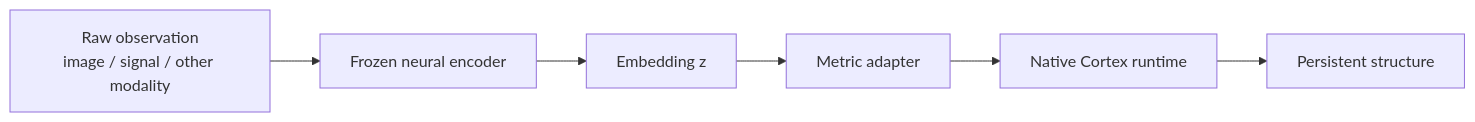
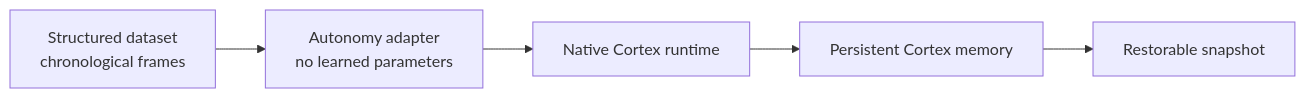
Before and after one commit to ordinaly/cortex: diagram 11 of 15 in docs/ARCHITECTURE.md, drawn with Mermaid. The commit also changed other lines of this file, not shown here.

Commit message:
Refocus architecture on autonomous Cortex and LPU

````diff
--- a/docs/ARCHITECTURE.md
+++ b/docs/ARCHITECTURE.md
@@ -1230,11 +1235,10 @@
 ```mermaid
 flowchart LR
-    X["Raw observation<br/>image / signal / other modality"]
-    N["Frozen neural encoder"]
-    Z["Embedding z"]
-    A["Metric adapter"]
+    D["Structured dataset<br/>chronological frames"]
+    A["Autonomy adapter<br/>no learned parameters"]
     C["Native Cortex runtime"]
-    O["Persistent structure"]
+    M["Persistent Cortex memory"]
+    S["Restorable snapshot"]
 
-    X --> N --> Z --> A --> C --> O
+    D --> A --> C --> M --> S
 ```
````
